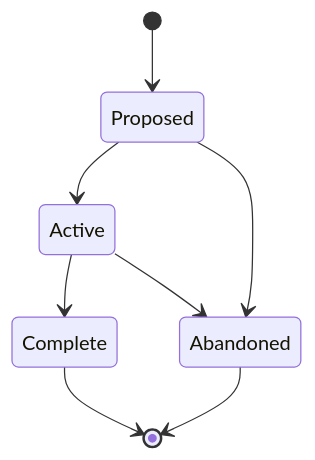
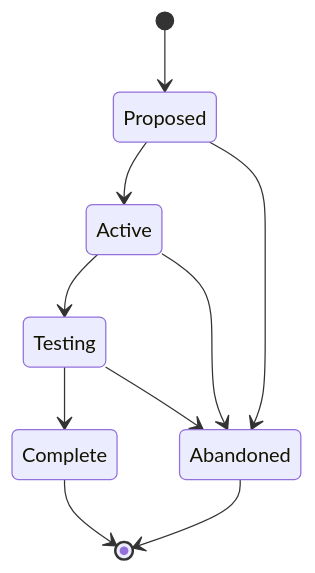
One commit to cristoslc/porthole changed the diagram in .agents/skills/spec-management/references/epic-definition.md. Above: the diagram before and after it, drawn with Mermaid. The commit also changed 3 other files, not shown here.

````diff
--- a/.agents/skills/spec-management/references/epic-definition.md
+++ b/.agents/skills/spec-management/references/epic-definition.md
@@ -5,10 +5,12 @@
 ```mermaid
 stateDiagram-v2
     [*] --> Proposed
     Proposed --> Active
-    Active --> Complete
+    Active --> Testing
+    Testing --> Complete
     Complete --> [*]
     Proposed --> Abandoned
     Active --> Abandoned
+    Testing --> Abandoned
     Abandoned --> [*]
 ```
````
